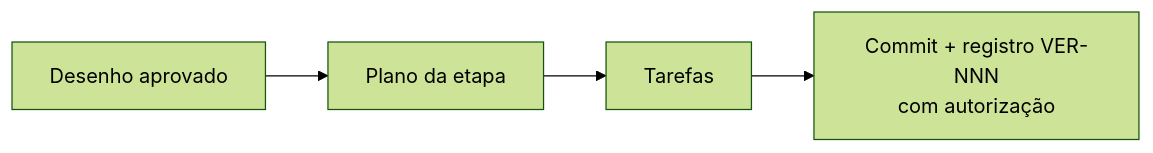
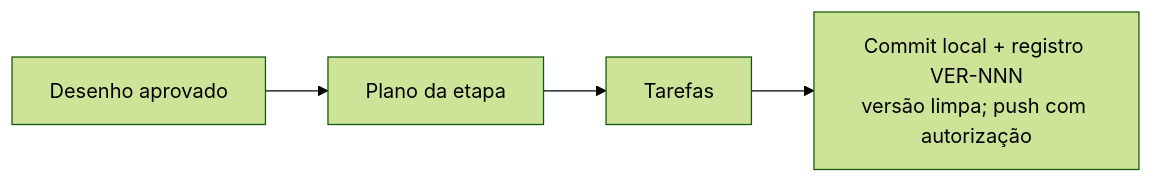
The diagram in docs/planos/README.md (TokumoH/RevocastCameras), drawn with Mermaid (forest theme) before and after one commit. The commit also changed 5 other files, not shown here.

````diff
--- a/docs/planos/README.md
+++ b/docs/planos/README.md
@@ -51,6 +51,6 @@
 ```mermaid
 flowchart LR
     D[Desenho aprovado] --> P[Plano da etapa]
     P --> T[Tarefas]
-    T --> C[Commit + registro VER-NNN<br/>com autorização]
+    T --> C[Commit local + registro VER-NNN<br/>versão limpa; push com autorização]
 ```
````
